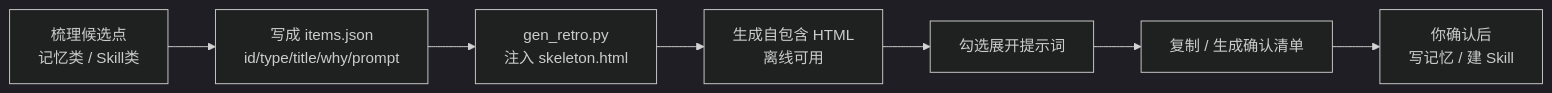
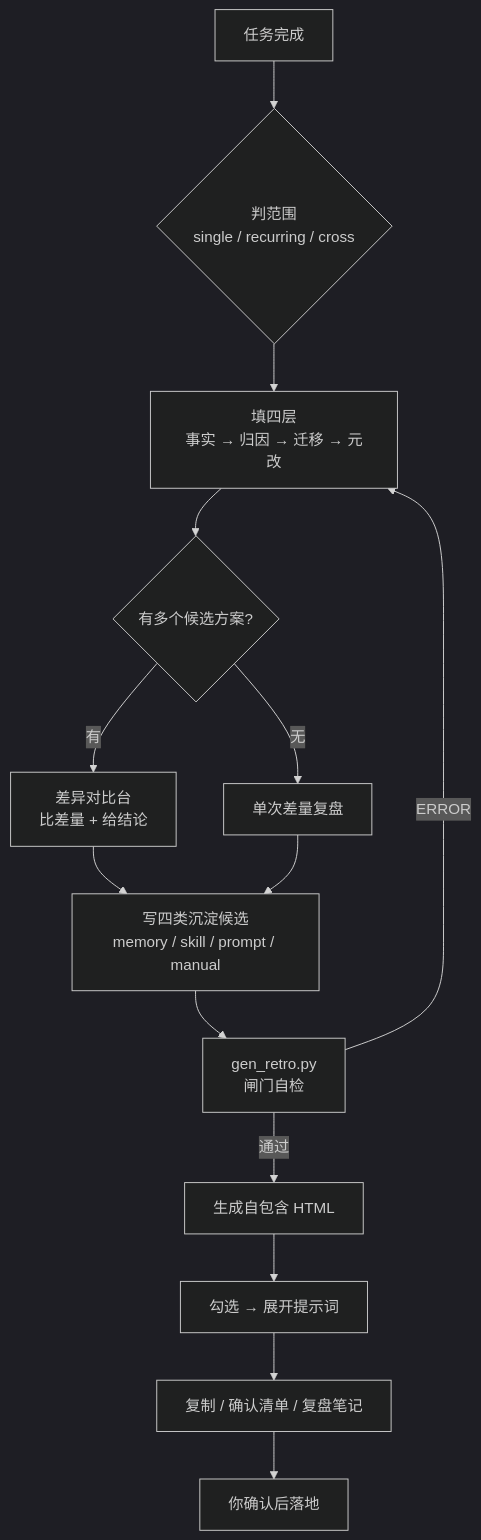
One commit to huangluke89757/task-retro-confirm changed the diagram in README.md. Above: the diagram before and after it, drawn with Mermaid (dark theme). The commit also changed other lines of this file and 7 other files, not shown here.

````diff
--- a/README.md
+++ b/README.md
@@ -38,9 +102,16 @@
 ```mermaid
-flowchart LR
-    A[梳理候选点\n记忆类 / Skill类] --> B[写成 items.json\nid/type/title/why/prompt]
-    B --> C[gen_retro.py\n注入 skeleton.html]
-    C --> D[生成自包含 HTML\n离线可用]
-    D --> E[勾选展开提示词]
-    E --> F[复制 / 生成确认清单]
-    F --> G[你确认后\n写记忆 / 建 Skill]
+flowchart TB
+    A[任务完成] --> B{判范围<br/>single / recurring / cross}
+    B --> C[填四层<br/>事实 → 归因 → 迁移 → 元改]
+    C --> D{有多个候选方案?}
+    D -->|有| E[差异对比台<br/>比差量 + 给结论]
+    D -->|无| F[单次差量复盘]
+    E --> G[写四类沉淀候选<br/>memory / skill / prompt / manual]
+    F --> G
+    G --> H[gen_retro.py<br/>闸门自检]
+    H -->|ERROR| C
+    H -->|通过| I[生成自包含 HTML]
+    I --> J[勾选 → 展开提示词]
+    J --> K[复制 / 确认清单 / 复盘笔记]
+    K --> L[你确认后落地]
 ```
````
